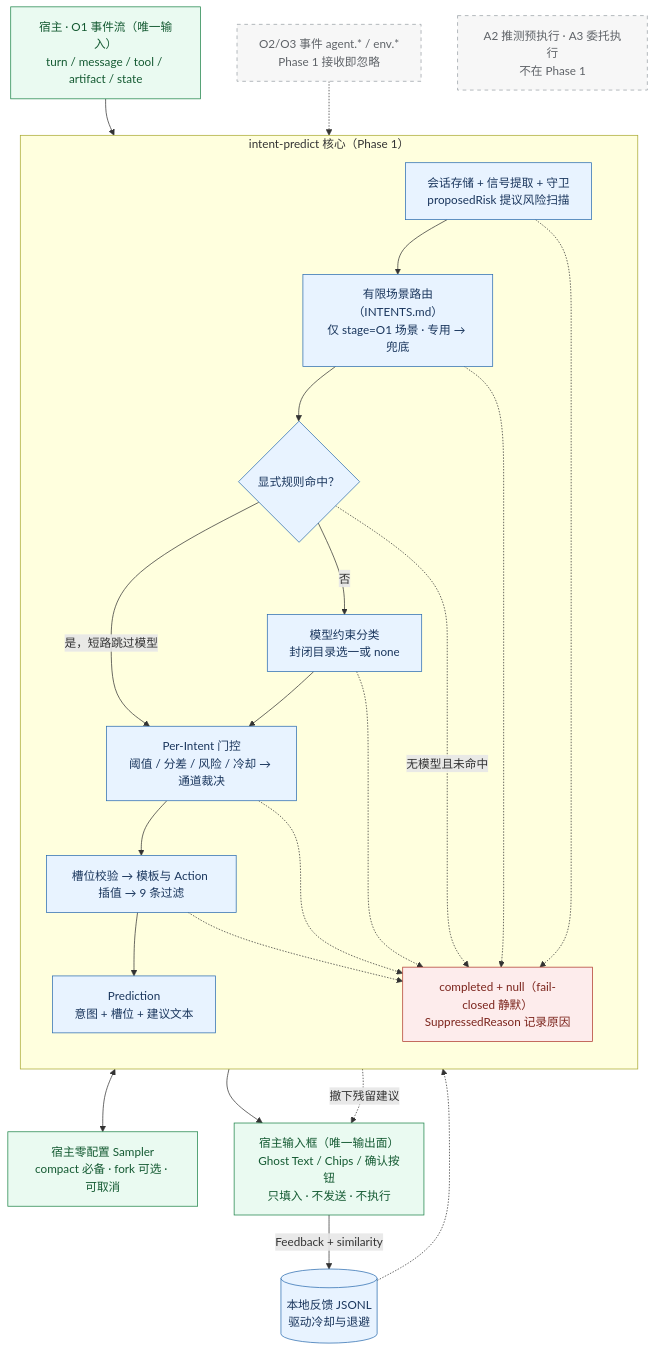
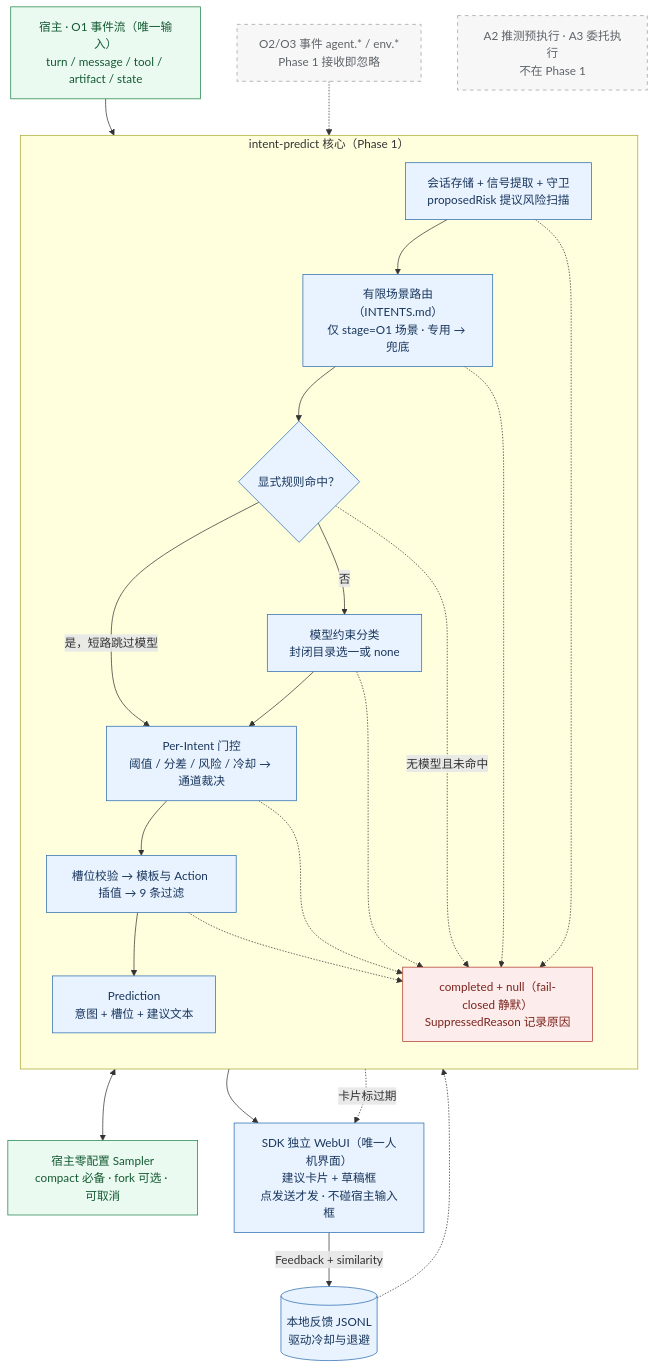
The diagram in README.md (susyimes/intent-predict), drawn with Mermaid before and after one commit. The commit also changed other lines of this file and 13 other files, not shown here.

Commit message:
feat(spec): fully decouple from host composer with independent Web UI (quick/choice/confirm tiers, dispatch modes, Phase 1 mockup)

````diff
--- a/README.md
+++ b/README.md
@@ -44,45 +48,45 @@
 ```mermaid
 flowchart TB
   classDef now fill:#e8f3ff,stroke:#2b6cb0,color:#1a365d
   classDef future fill:#f7f7f7,stroke:#9aa0a6,color:#5f6368,stroke-dasharray: 5 5
   classDef stop fill:#fdecec,stroke:#b03a2e,color:#7b241c
   classDef host fill:#eafaf1,stroke:#1e8449,color:#145a32
 
   EV["宿主 · O1 事件流（唯一输入）<br/>turn / message / tool / artifact / state"]:::host
   XB["O2/O3 事件 agent.* / env.*<br/>Phase 1 接收即忽略"]:::future
 
   subgraph Core["intent-predict 核心（Phase 1）"]
     direction TB
     SS["会话存储 + 信号提取 + 守卫<br/>proposedRisk 提议风险扫描"]:::now
     RT["有限场景路由（INTENTS.md）<br/>仅 stage=O1 场景 · 专用 → 兜底"]:::now
     CD{"显式规则命中？"}:::now
     MD["模型约束分类<br/>封闭目录选一或 none"]:::now
     GT["Per-Intent 门控<br/>阈值 / 分差 / 风险 / 冷却 → 通道裁决"]:::now
     RD["槽位校验 → 模板与 Action 插值 → 9 条过滤"]:::now
     PD["Prediction<br/>意图 + 槽位 + 建议文本"]:::now
     NX["completed + null（fail-closed 静默）<br/>SuppressedReason 记录原因"]:::stop
     SS --> RT --> CD
     CD -->|"是，短路跳过模型"| GT
     CD -->|"否"| MD --> GT
     CD -.->|"无模型且未命中"| NX
     GT --> RD --> PD
     SS -.-> NX
     RT -.-> NX
     MD -.-> NX
     GT -.-> NX
     RD -.-> NX
   end
 
   SM["宿主零配置 Sampler<br/>compact 必备 · fork 可选 · 可取消"]:::host
-  UI["宿主输入框（唯一输出面）<br/>Ghost Text / Chips / 确认按钮<br/>只填入 · 不发送 · 不执行"]:::host
+  UI["SDK 独立 WebUI（唯一人机界面）<br/>建议卡片 + 草稿框<br/>点发送才发 · 不碰宿主输入框"]:::now
   FB[("本地反馈 JSONL<br/>驱动冷却与退避")]:::now
   AG["A2 推测预执行 · A3 委托执行<br/>不在 Phase 1"]:::future
 
   EV --> SS
   XB -.-> SS
   MD <--> SM
   PD --> UI
-  NX -.->|"撤下残留建议"| UI
+  NX -.->|"卡片标过期"| UI
   UI -->|"Feedback + similarity"| FB
   FB -.-> GT
 ```
````
